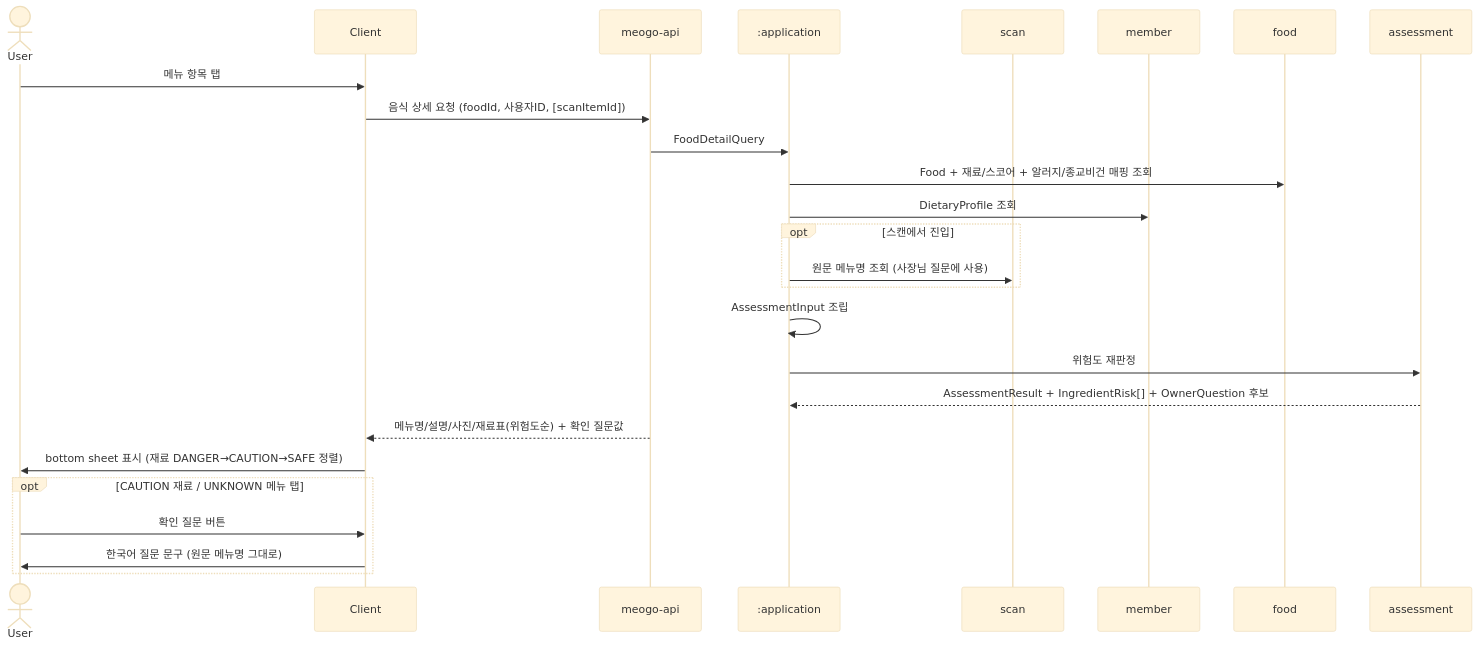
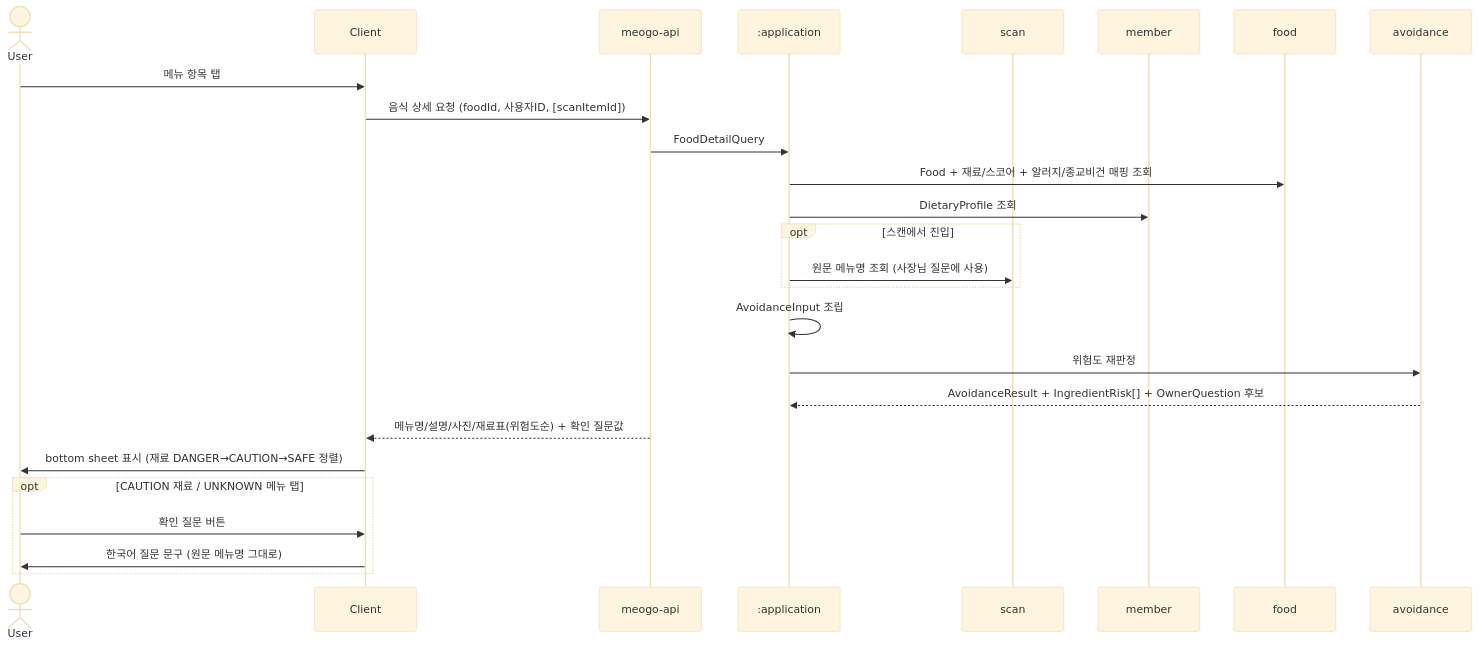
Before and after one commit to team-skyjs/kbap-server: the second of 7 diagrams in docs/architecture/use-case-flows.md, drawn with Mermaid (base theme). The commit also changed other lines of this file and 54 other files, not shown here.

````diff
--- a/docs/architecture/use-case-flows.md
+++ b/docs/architecture/use-case-flows.md
@@ -78,31 +78,31 @@
 ```mermaid
 sequenceDiagram
     actor User
     participant Client
     participant API as meogo-api
     participant App as :application
     participant Scan as scan
     participant Member as member
     participant Food as food
-    participant Assess as assessment
+    participant Assess as avoidance
 
     User->>Client: 메뉴 항목 탭
     Client->>API: 음식 상세 요청 (foodId, 사용자ID, [scanItemId])
     API->>App: FoodDetailQuery
 
     App->>Food: Food + 재료/스코어 + 알러지/종교비건 매핑 조회
     App->>Member: DietaryProfile 조회
     opt 스캔에서 진입
         App->>Scan: 원문 메뉴명 조회 (사장님 질문에 사용)
     end
-    App->>App: AssessmentInput 조립
+    App->>App: AvoidanceInput 조립
     App->>Assess: 위험도 재판정
-    Assess-->>App: AssessmentResult + IngredientRisk[] + OwnerQuestion 후보
+    Assess-->>App: AvoidanceResult + IngredientRisk[] + OwnerQuestion 후보
     API-->>Client: 메뉴명/설명/사진/재료표(위험도순) + 확인 질문값
     Client->>User: bottom sheet 표시 (재료 DANGER→CAUTION→SAFE 정렬)
 
     opt CAUTION 재료 / UNKNOWN 메뉴 탭
         User->>Client: 확인 질문 버튼
         Client->>User: 한국어 질문 문구 (원문 메뉴명 그대로)
     end
 ```
````
